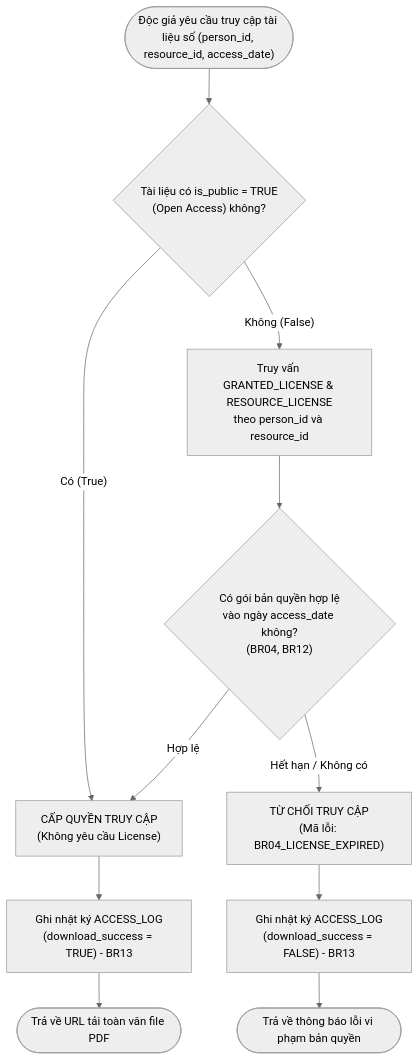
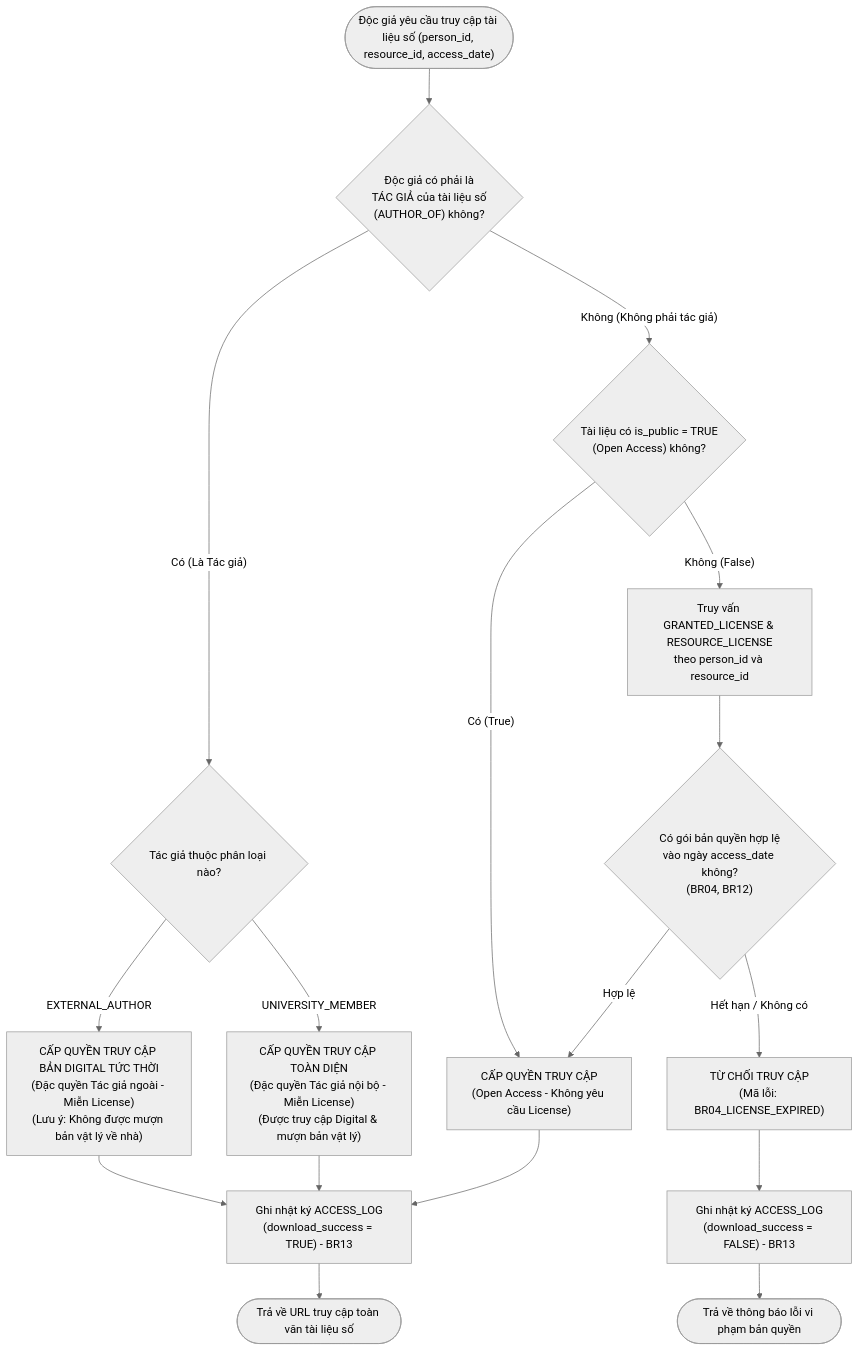
Before and after one commit to Phong134679/database_project: the sixth of 6 diagrams in Source/FR_Operational_Flows.md, drawn with Mermaid (neutral theme). The commit also changed other lines of this file and 18 other files, not shown here.

Commit message:
điều chỉnh thuộc tính của PHYSICAL_BOOK

````diff
--- a/Source/FR_Operational_Flows.md
+++ b/Source/FR_Operational_Flows.md
@@ -267,19 +278,27 @@
 ```mermaid
 flowchart TD
-    Start(["Độc giả yêu cầu truy cập tài liệu số (person_id, resource_id, access_date)"]) --> CheckPublic{"Tài liệu có is_public = TRUE\n(Open Access) không?"}
+    Start(["Độc giả yêu cầu truy cập tài liệu số (person_id, resource_id, access_date)"]) --> CheckAuthor{"Độc giả có phải là\nTÁC GIẢ của tài liệu số\n(AUTHOR_OF) không?"}
     
-    CheckPublic -- Có (True) --> GrantAccess["CẤP QUYỀN TRUY CẬP\n(Không yêu cầu License)"]
+    CheckAuthor -- Có (Là Tác giả) --> CheckAuthorType{"Tác giả thuộc phân loại nào?"}
+    CheckAuthorType -- EXTERNAL_AUTHOR --> GrantDigitalOnly["CẤP QUYỀN TRUY CẬP BẢN DIGITAL TỨC THỜI\n(Đặc quyền Tác giả ngoài - Miễn License)\n(Lưu ý: Không được mượn bản vật lý về nhà)"]
+    CheckAuthorType -- UNIVERSITY_MEMBER --> GrantFullAccess["CẤP QUYỀN TRUY CẬP TOÀN DIỆN\n(Đặc quyền Tác giả nội bộ - Miễn License)\n(Được truy cập Digital & mượn bản vật lý)"]
+    
+    CheckAuthor -- Không (Không phải tác giả) --> CheckPublic{"Tài liệu có is_public = TRUE\n(Open Access) không?"}
+    
+    CheckPublic -- Có (True) --> GrantAccess["CẤP QUYỀN TRUY CẬP\n(Open Access - Không yêu cầu License)"]
     
     CheckPublic -- Không (False) --> QueryLicense["Truy vấn GRANTED_LICENSE & RESOURCE_LICENSE\ntheo person_id và resource_id"]
     
     QueryLicense --> ValidateActive{"Có gói bản quyền hợp lệ\nvào ngày access_date không?\n(BR04, BR12)"}
     
     ValidateActive -- Hợp lệ --> GrantAccess
     ValidateActive -- Hết hạn / Không có --> DenyAccess["TỪ CHỐI TRUY CẬP\n(Mã lỗi: BR04_LICENSE_EXPIRED)"]
     
-    GrantAccess --> LogSuccess["Ghi nhật ký ACCESS_LOG\n(download_success = TRUE) - BR13"]
+    GrantDigitalOnly --> LogSuccess["Ghi nhật ký ACCESS_LOG\n(download_success = TRUE) - BR13"]
+    GrantFullAccess --> LogSuccess
+    GrantAccess --> LogSuccess
     DenyAccess --> LogFail["Ghi nhật ký ACCESS_LOG\n(download_success = FALSE) - BR13"]
     
-    LogSuccess --> ReturnSuccess(["Trả về URL tải toàn văn file PDF"])
+    LogSuccess --> ReturnSuccess(["Trả về URL truy cập toàn văn tài liệu số"])
     LogFail --> ReturnError(["Trả về thông báo lỗi vi phạm bản quyền"])
 ```
````
